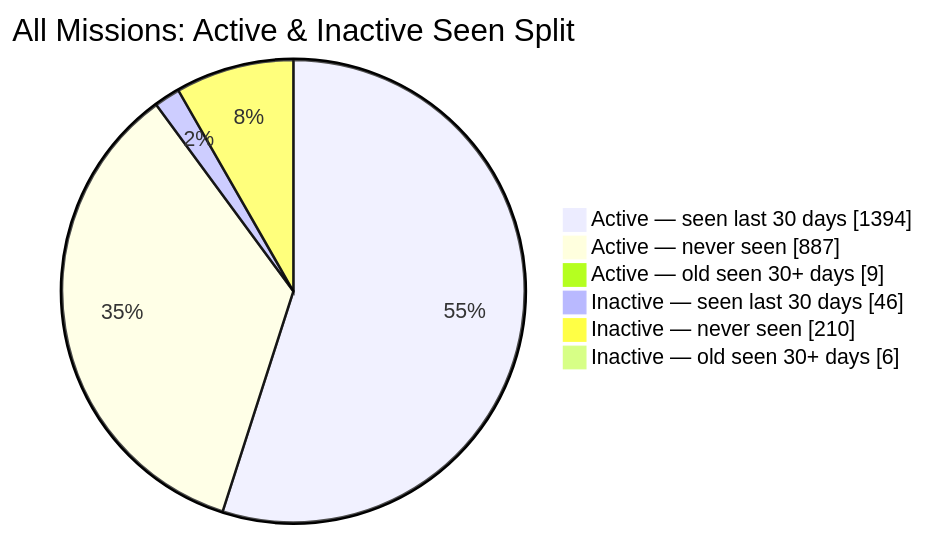
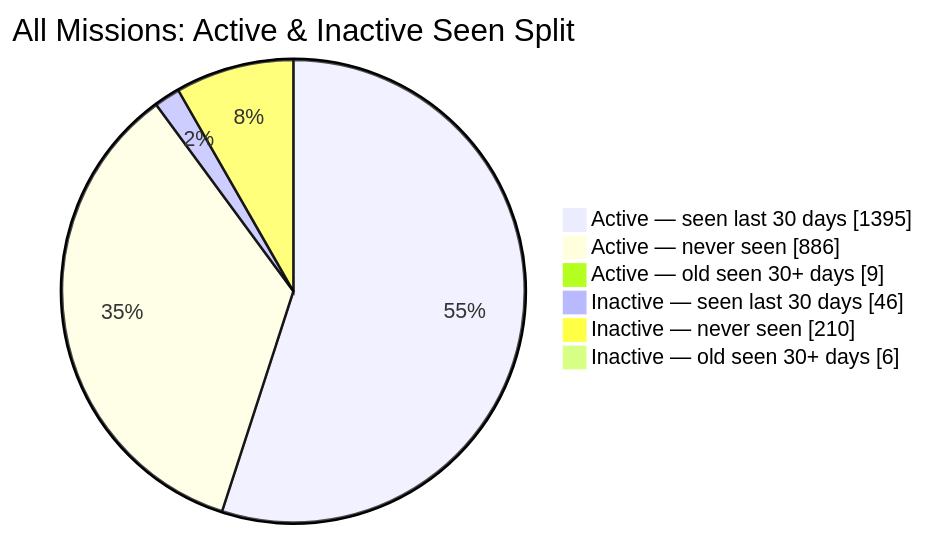
The second of 2 diagrams in README.md (MeldkamerspelGameTeam/active-missions), drawn with Mermaid before and after one commit. The commit also changed other lines of this file and 2 other files, not shown here.

````diff
--- a/README.md
+++ b/README.md
@@ -44,10 +44,10 @@
 ```mermaid
 pie showData
     title All Missions: Active & Inactive Seen Split
-    "Active — seen last 30 days" : 1394
-    "Active — never seen" : 887
+    "Active — seen last 30 days" : 1395
+    "Active — never seen" : 886
     "Active — old seen 30+ days" : 9
     "Inactive — seen last 30 days" : 46
     "Inactive — never seen" : 210
     "Inactive — old seen 30+ days" : 6
 ```
````
